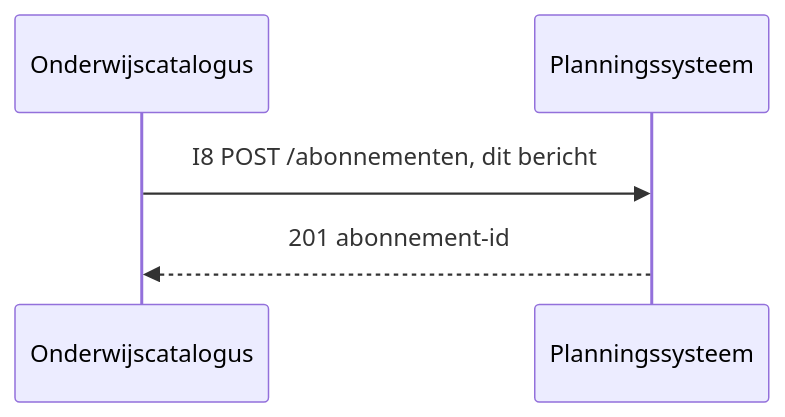
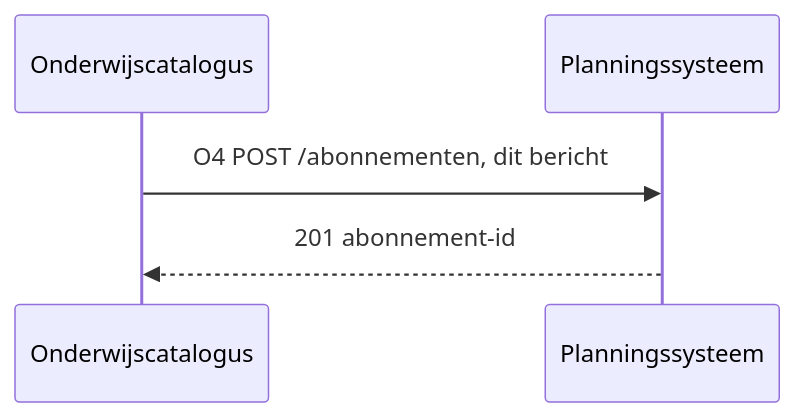
One commit to Npuls-OKx/meta changed the sixth of 6 diagrams in architecture/docs/specificatie/interactie-onderwijsaanbod/is-oa-04.md. Above: the diagram before and after it, drawn with Mermaid. The commit also changed other lines of this file and 33 other files, not shown here.

````diff
--- a/architecture/docs/specificatie/interactie-onderwijsaanbod/is-oa-04.md
+++ b/architecture/docs/specificatie/interactie-onderwijsaanbod/is-oa-04.md
@@ -346,7 +427,7 @@
 ```mermaid
 sequenceDiagram
     participant OC as Onderwijscatalogus
     participant P as Planningssysteem
-    OC->>P: I8 POST /abonnementen, dit bericht
+    OC->>P: O4 POST /abonnementen, dit bericht
     P-->>OC: 201 abonnement-id
 ```
````
